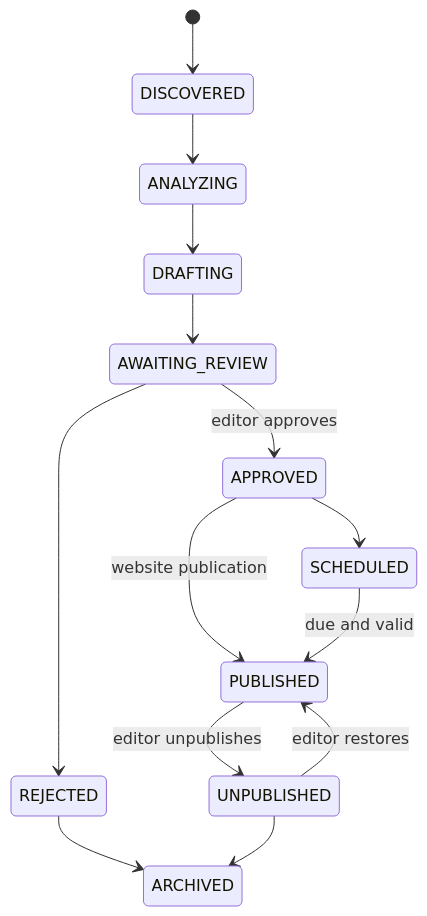
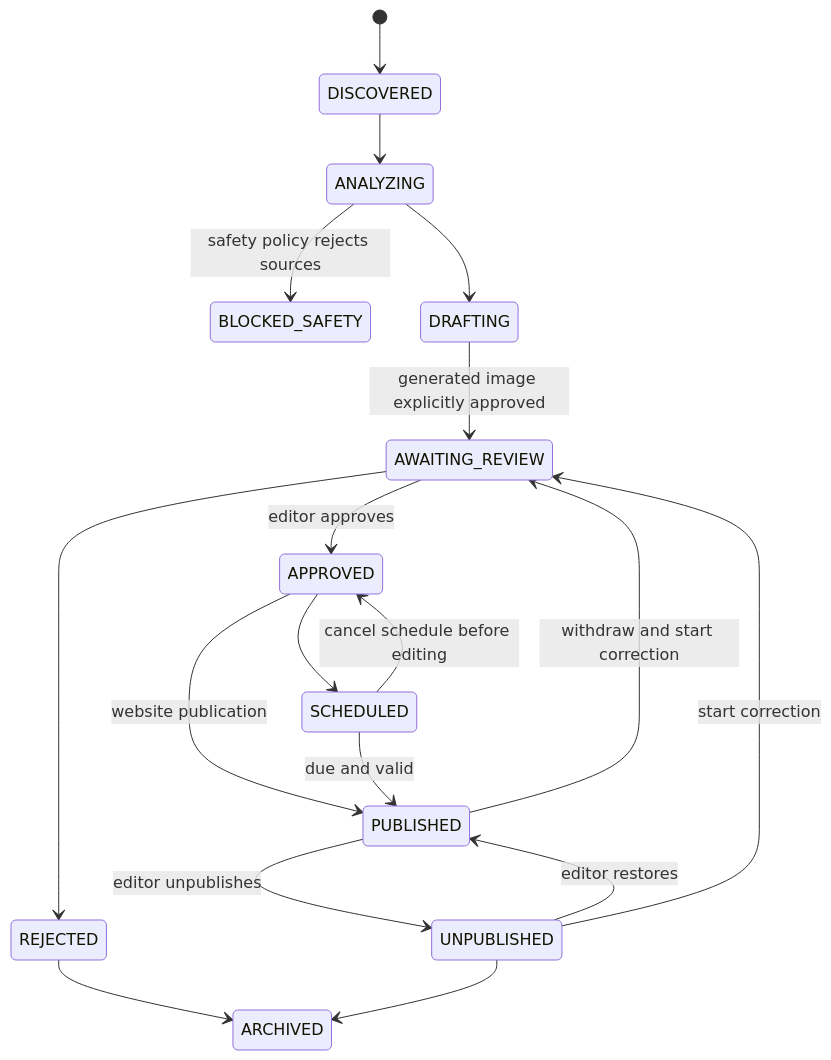
The diagram in docs/api-and-workflow.md (nekiala/nsangusa), drawn with Mermaid before and after one commit. The commit also changed other lines of this file and 550 other files, not shown here.

````diff
--- a/docs/api-and-workflow.md
+++ b/docs/api-and-workflow.md
@@ -42,16 +79,20 @@
 ```mermaid
 stateDiagram-v2
   [*] --> DISCOVERED
   DISCOVERED --> ANALYZING
+  ANALYZING --> BLOCKED_SAFETY: safety policy rejects sources
   ANALYZING --> DRAFTING
-  DRAFTING --> AWAITING_REVIEW
+  DRAFTING --> AWAITING_REVIEW: generated image explicitly approved
   AWAITING_REVIEW --> APPROVED: editor approves
   AWAITING_REVIEW --> REJECTED
   APPROVED --> SCHEDULED
+  SCHEDULED --> APPROVED: cancel schedule before editing
   APPROVED --> PUBLISHED: website publication
   SCHEDULED --> PUBLISHED: due and valid
   PUBLISHED --> UNPUBLISHED: editor unpublishes
   UNPUBLISHED --> PUBLISHED: editor restores
+  PUBLISHED --> AWAITING_REVIEW: withdraw and start correction
+  UNPUBLISHED --> AWAITING_REVIEW: start correction
   REJECTED --> ARCHIVED
   UNPUBLISHED --> ARCHIVED
 ```
````
